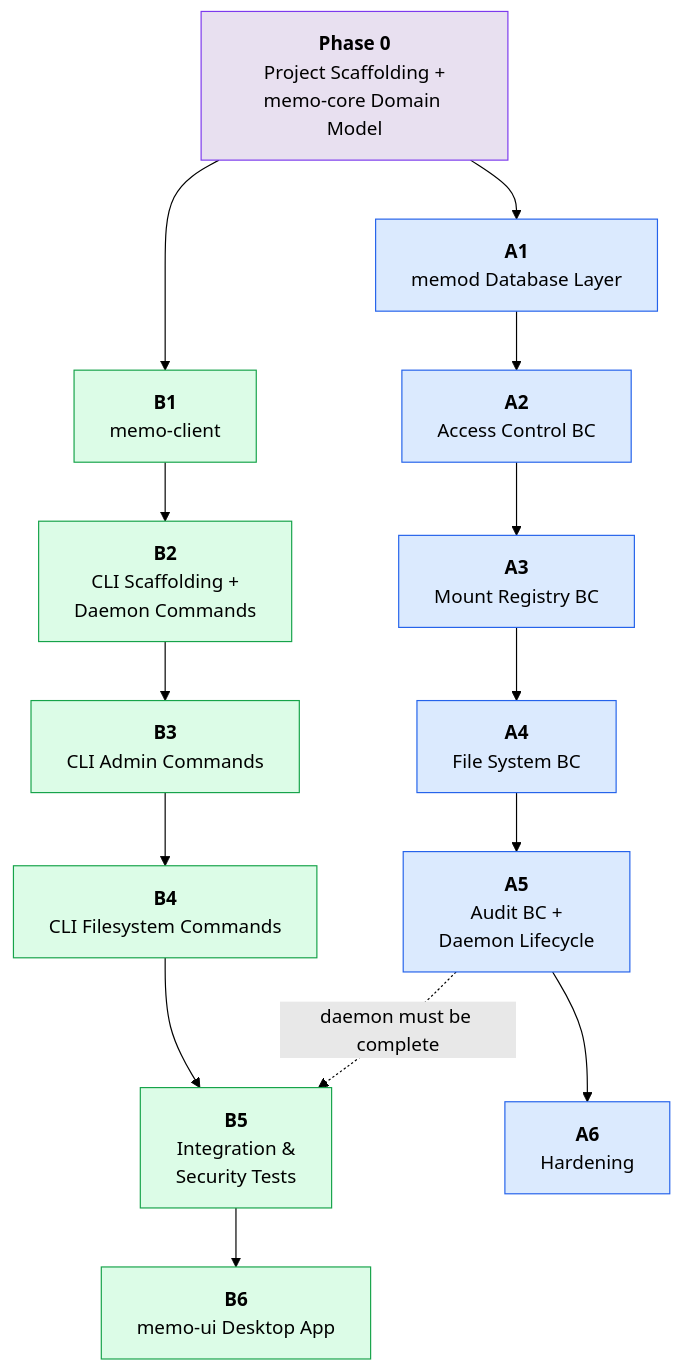
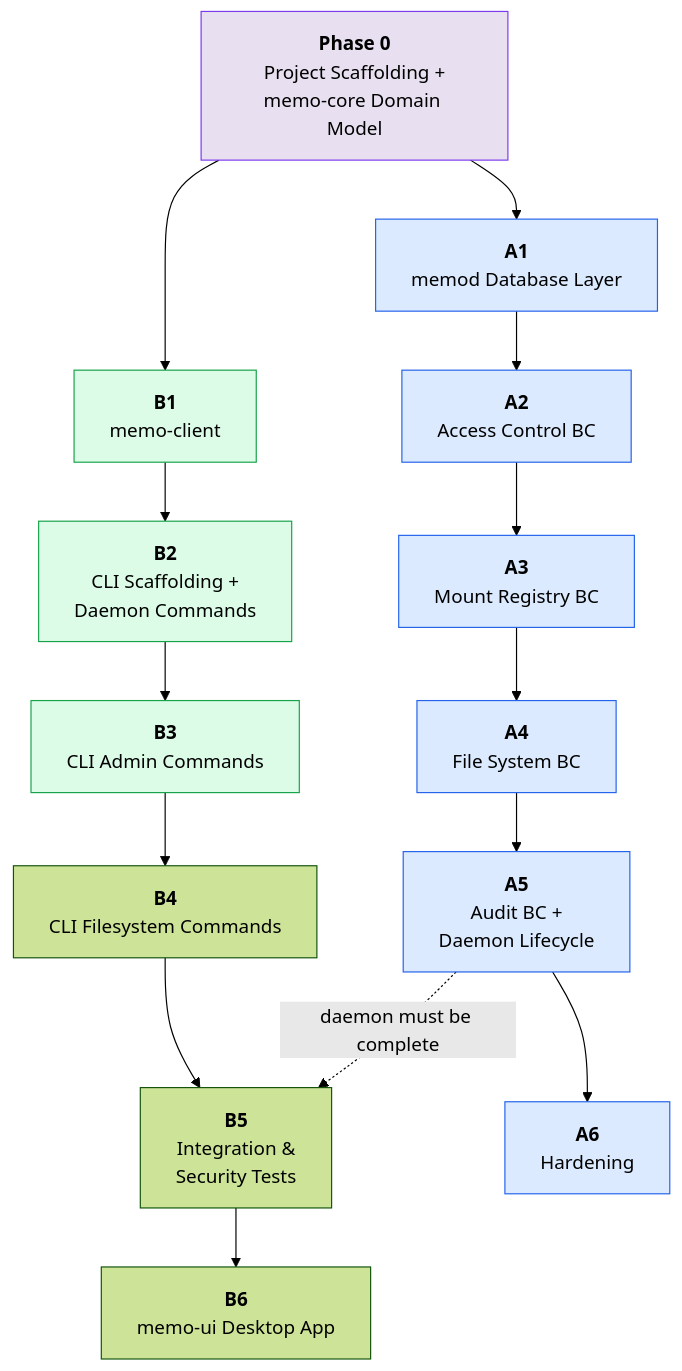
One commit to ch37n1/memo changed the diagram in docs/roadmap-v1.md. Above: the diagram before and after it, drawn with Mermaid (forest theme). The commit also changed other lines of this file and 11 other files, not shown here.

````diff
--- a/docs/roadmap-v1.md
+++ b/docs/roadmap-v1.md
@@ -30,56 +31,53 @@
 ```mermaid
 graph TD
     P0["<b>Phase 0</b>\nProject Scaffolding +\nmemo-core Domain Model"]
 
     A1["<b>A1</b>\nmemod Database Layer"]
     B1["<b>B1</b>\nmemo-client"]
 
     A2["<b>A2</b>\nAccess Control BC"]
     B2["<b>B2</b>\nCLI Scaffolding +\nDaemon Commands"]
 
     A3["<b>A3</b>\nMount Registry BC"]
     B3["<b>B3</b>\nCLI Admin Commands"]
 
     A4["<b>A4</b>\nFile System BC"]
     B4["<b>B4</b>\nCLI Filesystem Commands"]
 
     A5["<b>A5</b>\nAudit BC +\nDaemon Lifecycle"]
     B5["<b>B5</b>\nIntegration &amp;\nSecurity Tests"]
 
     A6["<b>A6</b>\nHardening"]
     B6["<b>B6</b>\nmemo-ui Desktop App"]
 
     P0 --> A1
     P0 --> B1
 
     A1 --> A2
     B1 --> B2
 
     A2 --> A3
     B2 --> B3
 
     A3 --> A4
     B3 --> B4
 
     A4 --> A5
     B4 --> B5
 
     A5 --> A6
     B5 --> B6
 
     A5 -.->|"daemon must be complete"| B5
 
     style P0 fill:#e8e0f0,stroke:#7c3aed
     style A1 fill:#dbeafe,stroke:#2563eb
     style A2 fill:#dbeafe,stroke:#2563eb
     style A3 fill:#dbeafe,stroke:#2563eb
     style A4 fill:#dbeafe,stroke:#2563eb
     style A5 fill:#dbeafe,stroke:#2563eb
     style A6 fill:#dbeafe,stroke:#2563eb
     style B1 fill:#dcfce7,stroke:#16a34a
     style B2 fill:#dcfce7,stroke:#16a34a
     style B3 fill:#dcfce7,stroke:#16a34a
-    style B4 fill:#dcfce7,stroke:#16a34a
-    style B5 fill:#dcfce7,stroke:#16a34a
-    style B6 fill:#dcfce7,stroke:#16a34a
 ```
````
